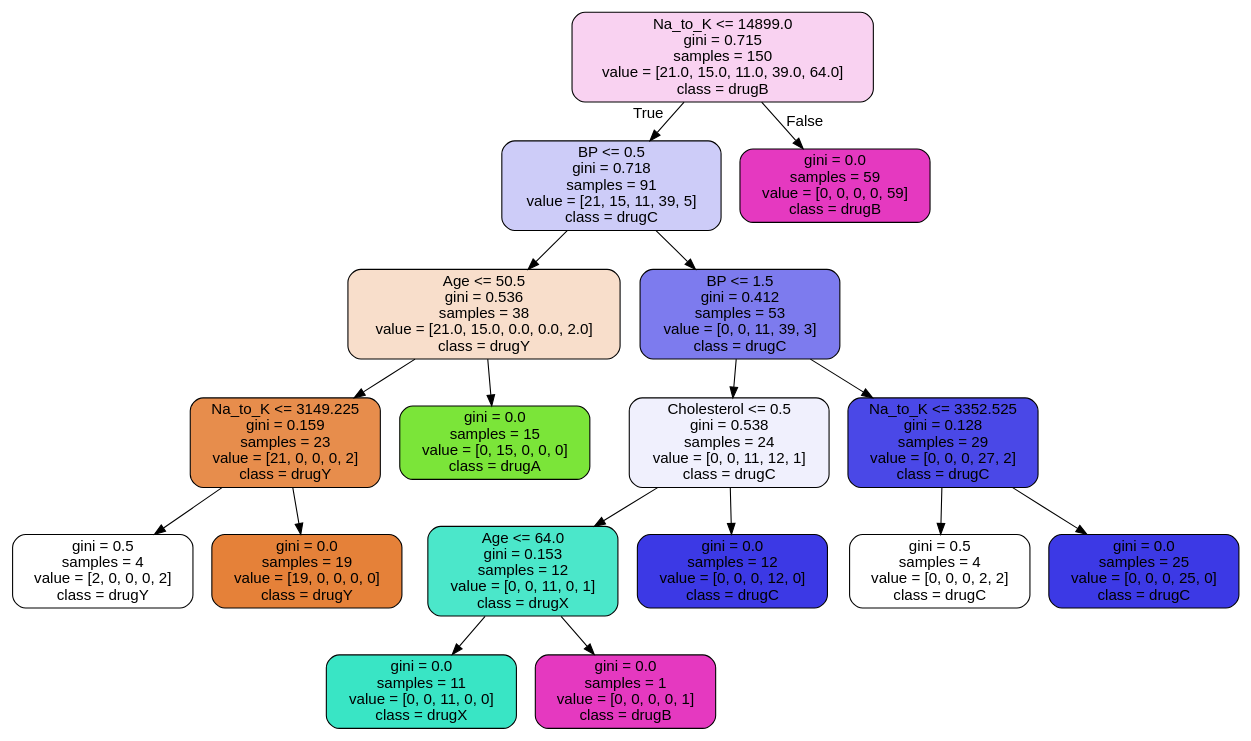
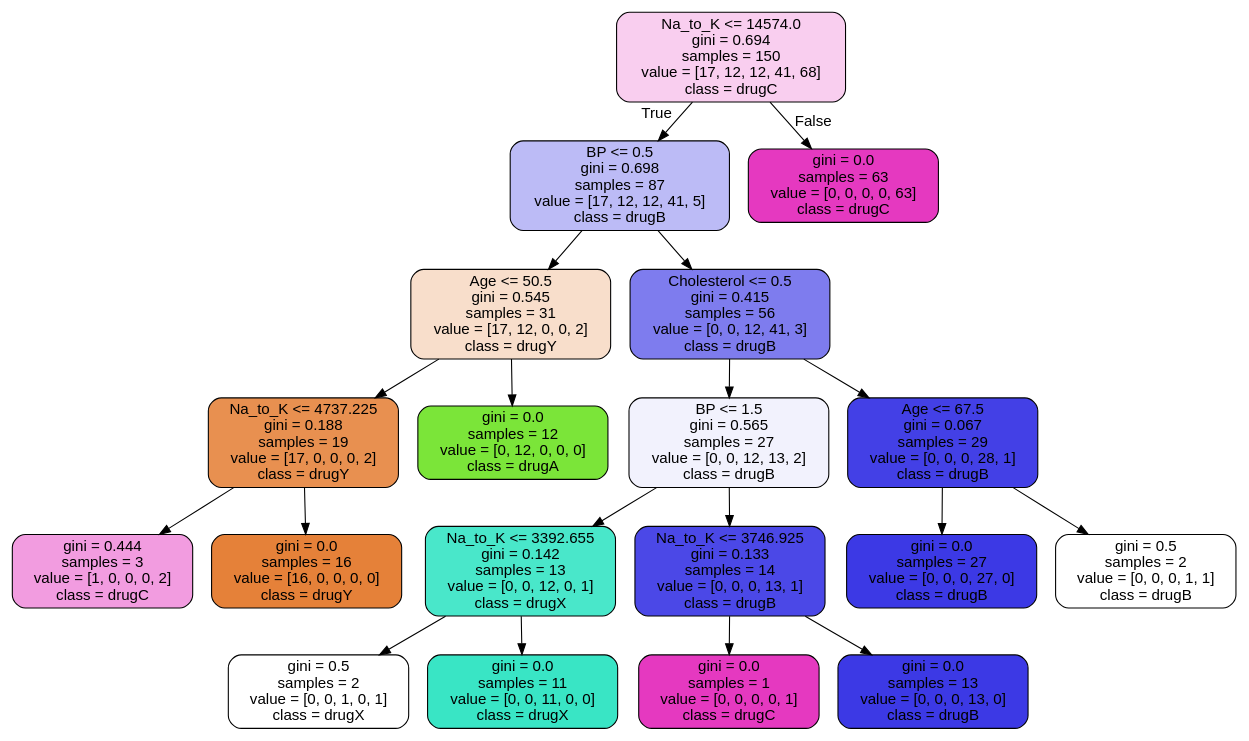
The diagram in tecnicas-multivariantes/images/tree_clf_samples_split5.dot (pablesite/master-matematicas), drawn with Graphviz before and after one commit. The commit also changed 4 other files, not shown here.

```diff
--- a/tecnicas-multivariantes/images/tree_clf_samples_split5.dot
+++ b/tecnicas-multivariantes/images/tree_clf_samples_split5.dot
@@ -1,37 +1,41 @@
 digraph Tree {
 node [shape=box, style="filled, rounded", color="black", fontname="helvetica"] ;
 edge [fontname="helvetica"] ;
-0 [label="Na_to_K <= 14899.0\ngini = 0.715\nsamples = 150\nvalue = [21.0, 15.0, 11.0, 39.0, 64.0]\nclass = drugB", fillcolor="#f9d2f1"] ;
-1 [label="BP <= 0.5\ngini = 0.718\nsamples = 91\nvalue = [21, 15, 11, 39, 5]\nclass = drugC", fillcolor="#cdccf8"] ;
+0 [label="Na_to_K <= 14574.0\ngini = 0.694\nsamples = 150\nvalue = [17, 12, 12, 41, 68]\nclass = drugC", fillcolor="#f9ceef"] ;
+1 [label="BP <= 0.5\ngini = 0.698\nsamples = 87\nvalue = [17, 12, 12, 41, 5]\nclass = drugB", fillcolor="#bcbbf6"] ;
 0 -> 1 [labeldistance=2.5, labelangle=45, headlabel="True"] ;
-2 [label="Age <= 50.5\ngini = 0.536\nsamples = 38\nvalue = [21.0, 15.0, 0.0, 0.0, 2.0]\nclass = drugY", fillcolor="#f8decb"] ;
+2 [label="Age <= 50.5\ngini = 0.545\nsamples = 31\nvalue = [17, 12, 0, 0, 2]\nclass = drugY", fillcolor="#f8decb"] ;
 1 -> 2 ;
-3 [label="Na_to_K <= 3149.225\ngini = 0.159\nsamples = 23\nvalue = [21, 0, 0, 0, 2]\nclass = drugY", fillcolor="#e78d4c"] ;
+3 [label="Na_to_K <= 4737.225\ngini = 0.188\nsamples = 19\nvalue = [17, 0, 0, 0, 2]\nclass = drugY", fillcolor="#e89050"] ;
 2 -> 3 ;
-4 [label="gini = 0.5\nsamples = 4\nvalue = [2, 0, 0, 0, 2]\nclass = drugY", fillcolor="#ffffff"] ;
+4 [label="gini = 0.444\nsamples = 3\nvalue = [1, 0, 0, 0, 2]\nclass = drugC", fillcolor="#f29ce0"] ;
 3 -> 4 ;
-5 [label="gini = 0.0\nsamples = 19\nvalue = [19, 0, 0, 0, 0]\nclass = drugY", fillcolor="#e58139"] ;
+5 [label="gini = 0.0\nsamples = 16\nvalue = [16, 0, 0, 0, 0]\nclass = drugY", fillcolor="#e58139"] ;
 3 -> 5 ;
-6 [label="gini = 0.0\nsamples = 15\nvalue = [0, 15, 0, 0, 0]\nclass = drugA", fillcolor="#7be539"] ;
+6 [label="gini = 0.0\nsamples = 12\nvalue = [0, 12, 0, 0, 0]\nclass = drugA", fillcolor="#7be539"] ;
 2 -> 6 ;
-7 [label="BP <= 1.5\ngini = 0.412\nsamples = 53\nvalue = [0, 0, 11, 39, 3]\nclass = drugC", fillcolor="#7d7bee"] ;
+7 [label="Cholesterol <= 0.5\ngini = 0.415\nsamples = 56\nvalue = [0, 0, 12, 41, 3]\nclass = drugB", fillcolor="#7e7cee"] ;
 1 -> 7 ;
-8 [label="Cholesterol <= 0.5\ngini = 0.538\nsamples = 24\nvalue = [0, 0, 11, 12, 1]\nclass = drugC", fillcolor="#f0f0fd"] ;
+8 [label="BP <= 1.5\ngini = 0.565\nsamples = 27\nvalue = [0, 0, 12, 13, 2]\nclass = drugB", fillcolor="#f2f2fd"] ;
 7 -> 8 ;
-9 [label="Age <= 64.0\ngini = 0.153\nsamples = 12\nvalue = [0, 0, 11, 0, 1]\nclass = drugX", fillcolor="#4be7ca"] ;
+9 [label="Na_to_K <= 3392.655\ngini = 0.142\nsamples = 13\nvalue = [0, 0, 12, 0, 1]\nclass = drugX", fillcolor="#49e7ca"] ;
 8 -> 9 ;
-10 [label="gini = 0.0\nsamples = 11\nvalue = [0, 0, 11, 0, 0]\nclass = drugX", fillcolor="#39e5c5"] ;
+10 [label="gini = 0.5\nsamples = 2\nvalue = [0, 0, 1, 0, 1]\nclass = drugX", fillcolor="#ffffff"] ;
 9 -> 10 ;
-11 [label="gini = 0.0\nsamples = 1\nvalue = [0, 0, 0, 0, 1]\nclass = drugB", fillcolor="#e539c0"] ;
+11 [label="gini = 0.0\nsamples = 11\nvalue = [0, 0, 11, 0, 0]\nclass = drugX", fillcolor="#39e5c5"] ;
 9 -> 11 ;
-12 [label="gini = 0.0\nsamples = 12\nvalue = [0, 0, 0, 12, 0]\nclass = drugC", fillcolor="#3c39e5"] ;
+12 [label="Na_to_K <= 3746.925\ngini = 0.133\nsamples = 14\nvalue = [0, 0, 0, 13, 1]\nclass = drugB", fillcolor="#4b48e7"] ;
 8 -> 12 ;
-13 [label="Na_to_K <= 3352.525\ngini = 0.128\nsamples = 29\nvalue = [0, 0, 0, 27, 2]\nclass = drugC", fillcolor="#4a48e7"] ;
-7 -> 13 ;
-14 [label="gini = 0.5\nsamples = 4\nvalue = [0, 0, 0, 2, 2]\nclass = drugC", fillcolor="#ffffff"] ;
-13 -> 14 ;
-15 [label="gini = 0.0\nsamples = 25\nvalue = [0, 0, 0, 25, 0]\nclass = drugC", fillcolor="#3c39e5"] ;
-13 -> 15 ;
-16 [label="gini = 0.0\nsamples = 59\nvalue = [0, 0, 0, 0, 59]\nclass = drugB", fillcolor="#e539c0"] ;
-0 -> 16 [labeldistance=2.5, labelangle=-45, headlabel="False"] ;
+13 [label="gini = 0.0\nsamples = 1\nvalue = [0, 0, 0, 0, 1]\nclass = drugC", fillcolor="#e539c0"] ;
+12 -> 13 ;
+14 [label="gini = 0.0\nsamples = 13\nvalue = [0, 0, 0, 13, 0]\nclass = drugB", fillcolor="#3c39e5"] ;
+12 -> 14 ;
+15 [label="Age <= 67.5\ngini = 0.067\nsamples = 29\nvalue = [0, 0, 0, 28, 1]\nclass = drugB", fillcolor="#4340e6"] ;
+7 -> 15 ;
+16 [label="gini = 0.0\nsamples = 27\nvalue = [0, 0, 0, 27, 0]\nclass = drugB", fillcolor="#3c39e5"] ;
+15 -> 16 ;
+17 [label="gini = 0.5\nsamples = 2\nvalue = [0, 0, 0, 1, 1]\nclass = drugB", fillcolor="#ffffff"] ;
+15 -> 17 ;
+18 [label="gini = 0.0\nsamples = 63\nvalue = [0, 0, 0, 0, 63]\nclass = drugC", fillcolor="#e539c0"] ;
+0 -> 18 [labeldistance=2.5, labelangle=-45, headlabel="False"] ;
 }
```
